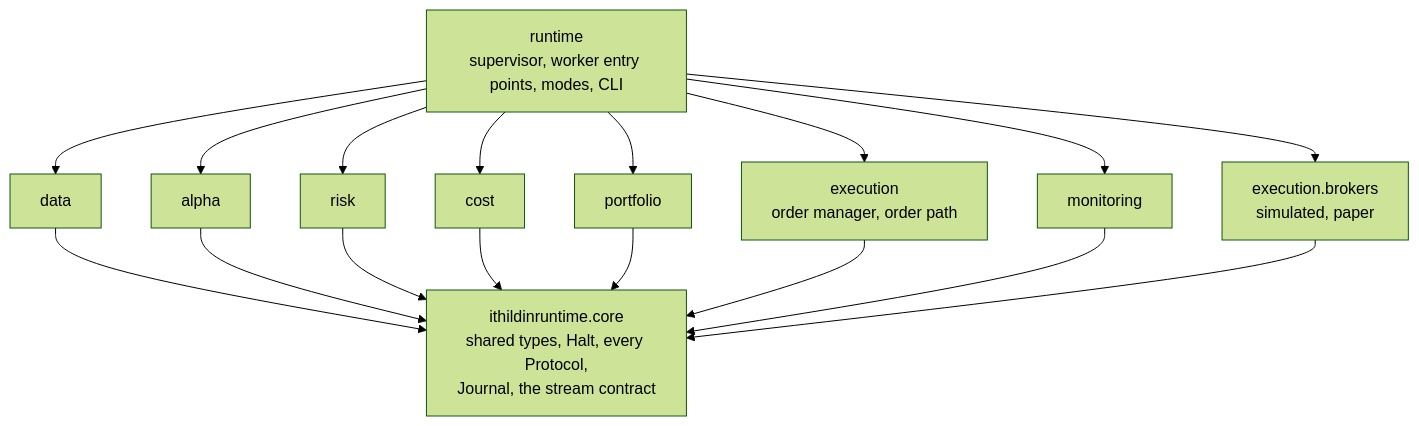
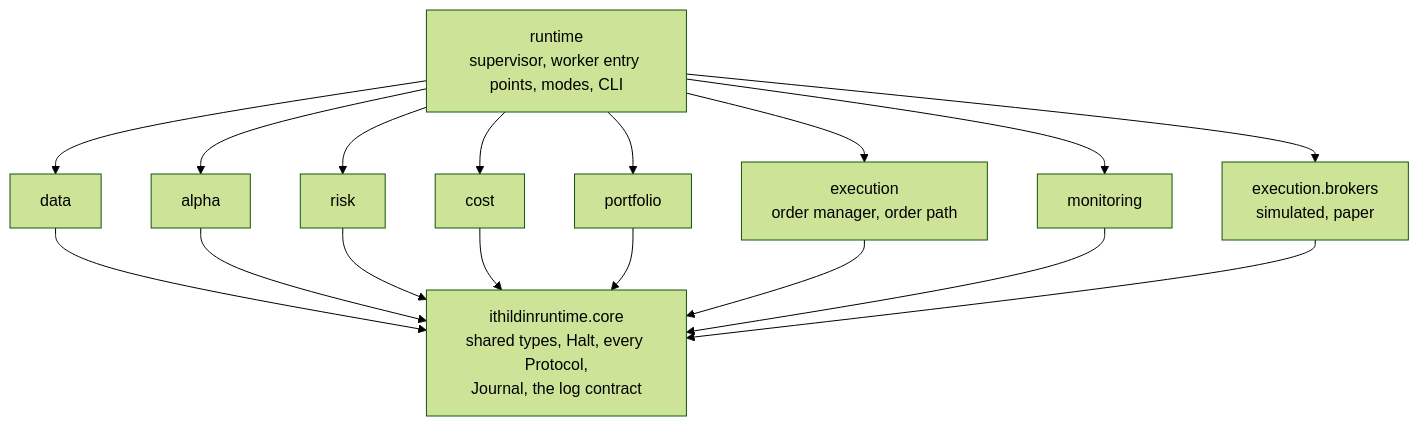
Diagram 16 of 16 in docs/architecture.md (l3a0/ithildin-runtime), drawn with Mermaid (forest theme) before and after one commit. The commit also changed other lines of this file and 1 other file, not shown here.

````diff
--- a/docs/architecture.md
+++ b/docs/architecture.md
@@ -1463,30 +1480,30 @@
 ```mermaid
 flowchart TB
-    core["ithildinruntime.core<br/>shared types, Halt, every Protocol,<br/>Journal, the stream contract"]
+    core["ithildinruntime.core<br/>shared types, Halt, every Protocol,<br/>Journal, the log contract"]
     data["data"]
     alpha["alpha"]
     risk["risk"]
     cost["cost"]
     portfolio["portfolio"]
     execution["execution<br/>order manager, order path"]
     brokers["execution.brokers<br/>simulated, paper"]
     monitoring["monitoring"]
     runtime["runtime<br/>supervisor, worker entry points, modes, CLI"]
 
     data --> core
     alpha --> core
     risk --> core
     cost --> core
     portfolio --> core
     execution --> core
     monitoring --> core
     brokers --> core
     runtime --> data
     runtime --> alpha
     runtime --> risk
     runtime --> cost
     runtime --> portfolio
     runtime --> execution
     runtime --> brokers
     runtime --> monitoring
 ```
````
